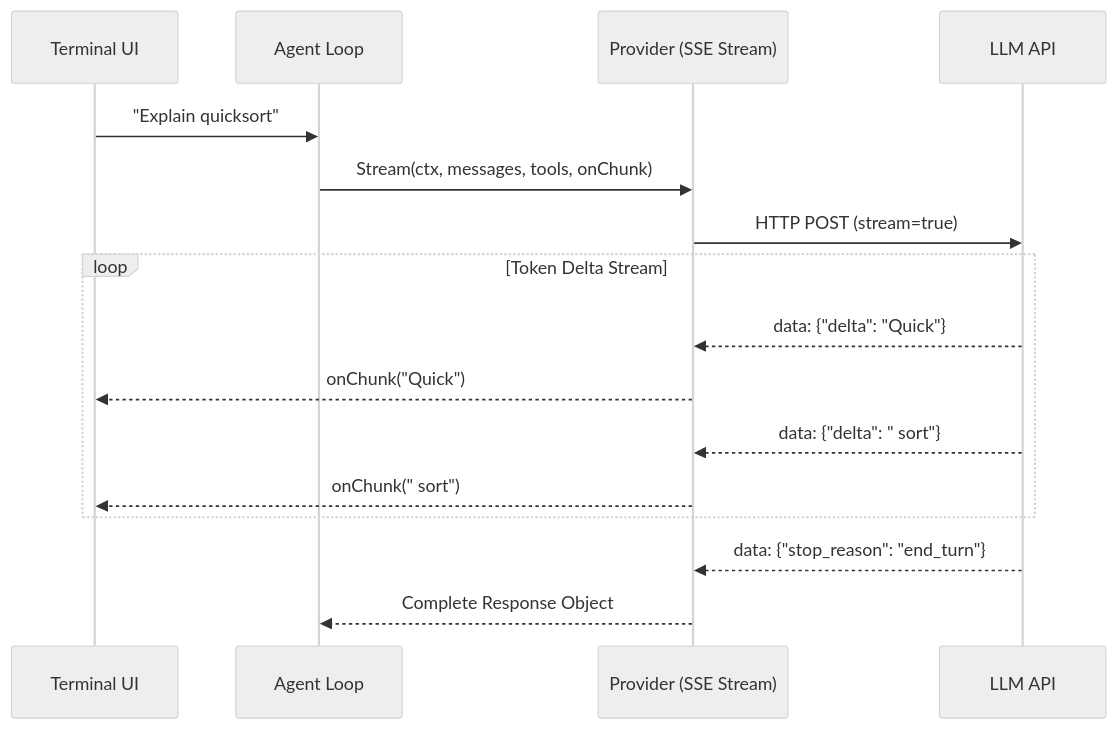
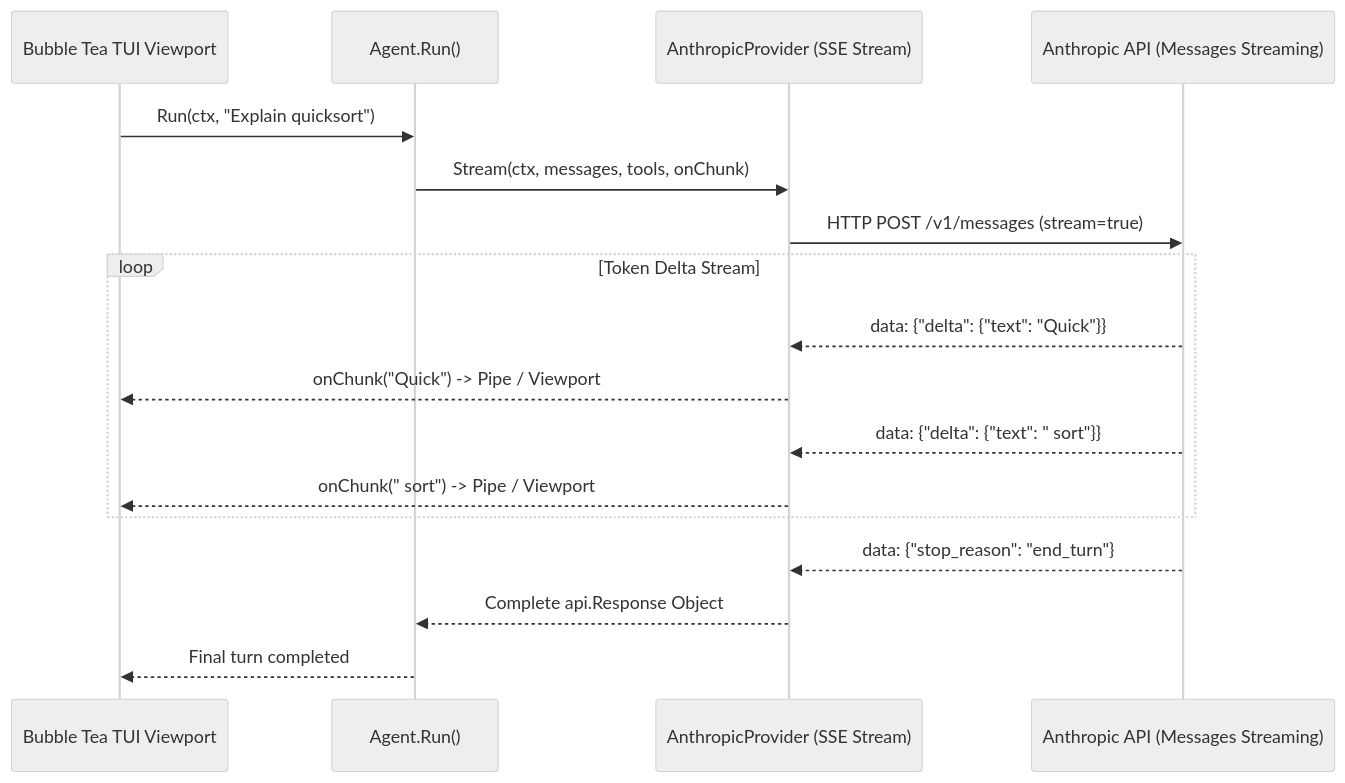
One commit to AntonioHellin/phi-code-agent changed the diagram in docs/steps/17-streaming-responses.md. Above: the diagram before and after it, drawn with Mermaid (neutral theme). The commit also changed other lines of this file and 6 other files, not shown here.

First line of the commit message:
docs: update milestone guides 15-27 to align with current architecture

````diff
--- a/docs/steps/17-streaming-responses.md
+++ b/docs/steps/17-streaming-responses.md
@@ -9,19 +9,20 @@
 ```mermaid
 sequenceDiagram
-    participant User as Terminal UI
-    participant Agent as Agent Loop
-    participant Provider as Provider (SSE Stream)
-    participant API as LLM API
+    participant UI as Bubble Tea TUI Viewport
+    participant Agent as Agent.Run()
+    participant Provider as AnthropicProvider (SSE Stream)
+    participant API as Anthropic API (Messages Streaming)
 
-    User->>Agent: "Explain quicksort"
+    UI->>Agent: Run(ctx, "Explain quicksort")
     Agent->>Provider: Stream(ctx, messages, tools, onChunk)
-    Provider->>API: HTTP POST (stream=true)
+    Provider->>API: HTTP POST /v1/messages (stream=true)
     loop Token Delta Stream
-        API-->>Provider: data: {"delta": "Quick"}
-        Provider-->>User: onChunk("Quick")
-        API-->>Provider: data: {"delta": " sort"}
-        Provider-->>User: onChunk(" sort")
+        API-->>Provider: data: {"delta": {"text": "Quick"}}
+        Provider-->>UI: onChunk("Quick") -> Pipe / Viewport
+        API-->>Provider: data: {"delta": {"text": " sort"}}
+        Provider-->>UI: onChunk(" sort") -> Pipe / Viewport
     end
     API-->>Provider: data: {"stop_reason": "end_turn"}
-    Provider-->>Agent: Complete Response Object
+    Provider-->>Agent: Complete api.Response Object
+    Agent-->>UI: Final turn completed
 ```
````
